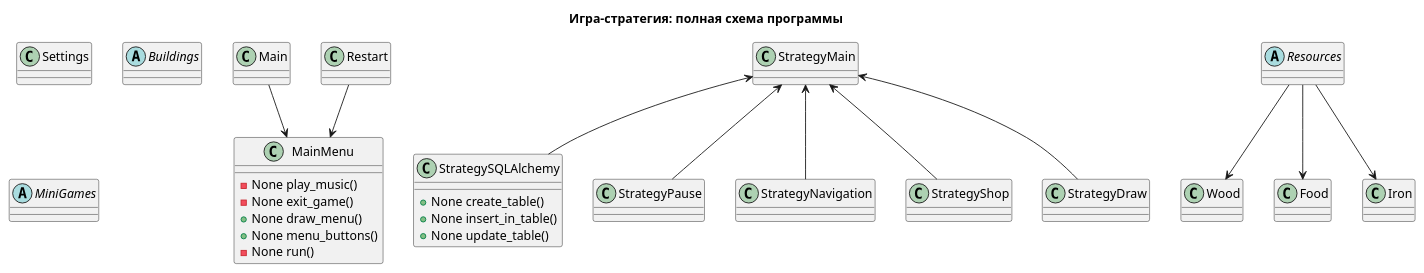
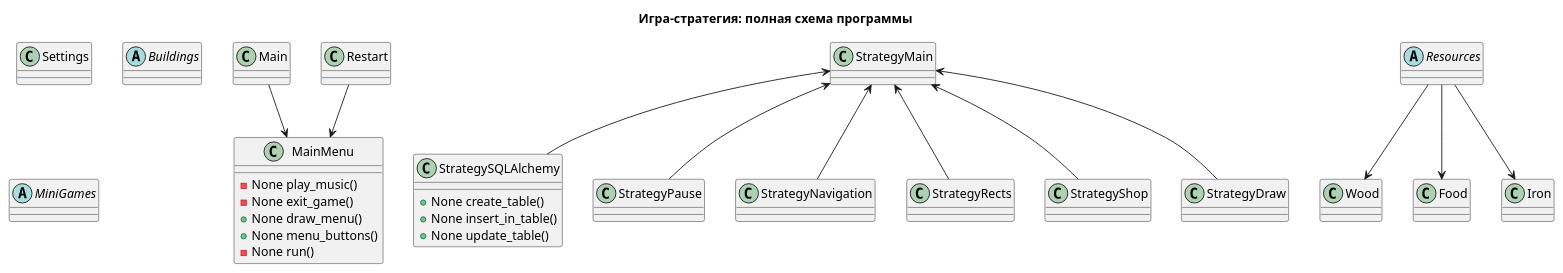
Before and after one commit to bulaseregprogramist/Strategia: the diagram in diagram.pu, drawn with PlantUML. The commit also changed 54 other files, not shown here.

Commit message:
Cохранение 4.2. Небольшие изменения. Улучшения кода, новые файлы, новые текстуры, улучшения в README.md и diagram.pu

```diff
--- a/diagram.pu
+++ b/diagram.pu
@@ -1,59 +1,64 @@
 @startuml "Strategy game"
 
 
 title "Игра-стратегия: полная схема программы"
 
 class Main
 
 class MainMenu {
     - None play_music()
     - None exit_game()
     + None draw_menu()
     + None menu_buttons()
     - None run()
 }
 
 class Settings {
 
 }
 
 class StrategyMain {
 
 }
 
 class StrategySQLAlchemy {
     + None create_table()
     + None insert_in_table()
     + None update_table()
 }
 
 class StrategyPause {
 
 }
 
 class StrategyNavigation {
 
 }
 
+class StrategyRects {
+    
+}
+
 class Restart {
 
 }
 
 abstract Resources
 abstract Buildings
 abstract MiniGames
 
 Resources --> Wood
 Resources --> Food
 Resources --> Iron
 
 Restart --> MainMenu
 Main --> MainMenu
 
 StrategyMain <-- StrategyNavigation
 StrategyMain <-- StrategyPause
 StrategyMain <-- StrategySQLAlchemy
 StrategyMain <-- StrategyShop
 StrategyMain <-- StrategyDraw
+StrategyMain <-- StrategyRects
 
 @enduml
```
